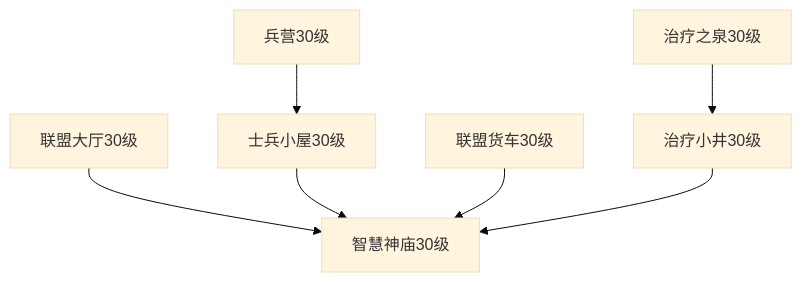
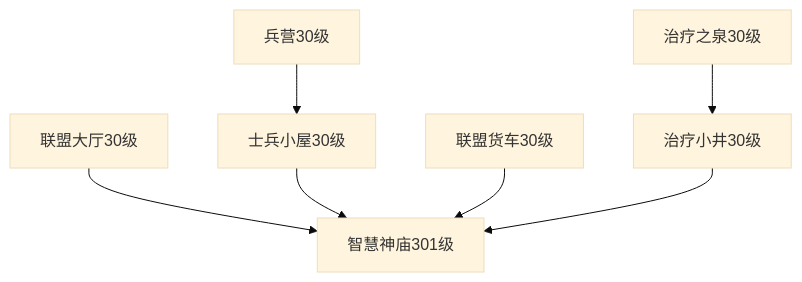
Before and after one commit to ruoqiwan/Joy: the diagram in _posts/2023-05-09-build.md, drawn with Mermaid (base theme).

```diff
--- a/_posts/2023-05-09-build.md
+++ b/_posts/2023-05-09-build.md
@@ -14,17 +14,17 @@
 <div class="mermaid">
   graph TD
     A-->H
 	B-->C
 	C-->H
 	D-->H
 	E-->F
     F-->H
 	
 	A[联盟大厅30级]
 	B[兵营30级]
 	C[士兵小屋30级]
 	D[联盟货车30级]
 	E[治疗之泉30级]
 	F[治疗小井30级]
-    H[智慧神庙30级]
+    H[智慧神庙301级]
 </div>
```
